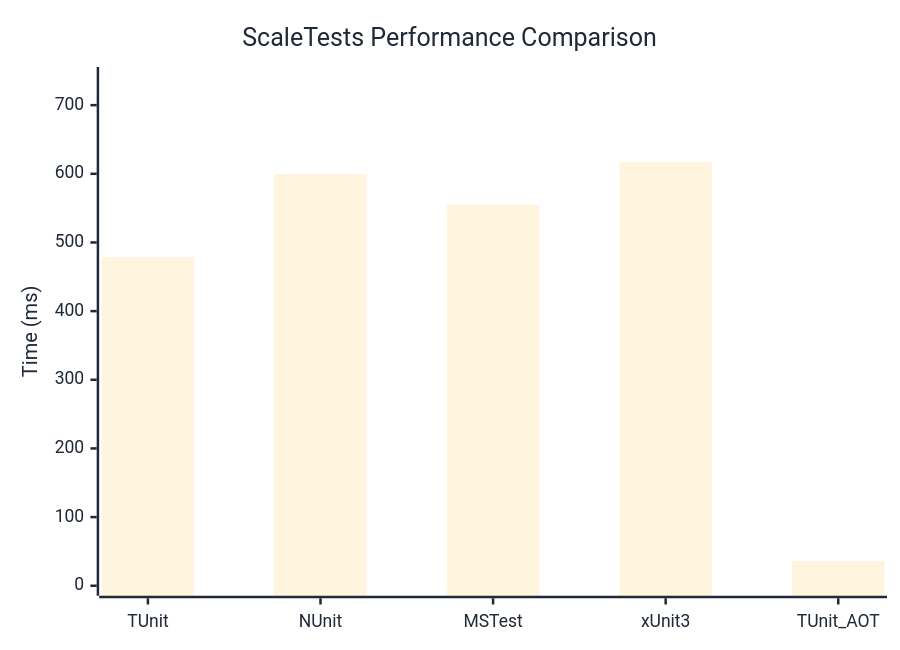
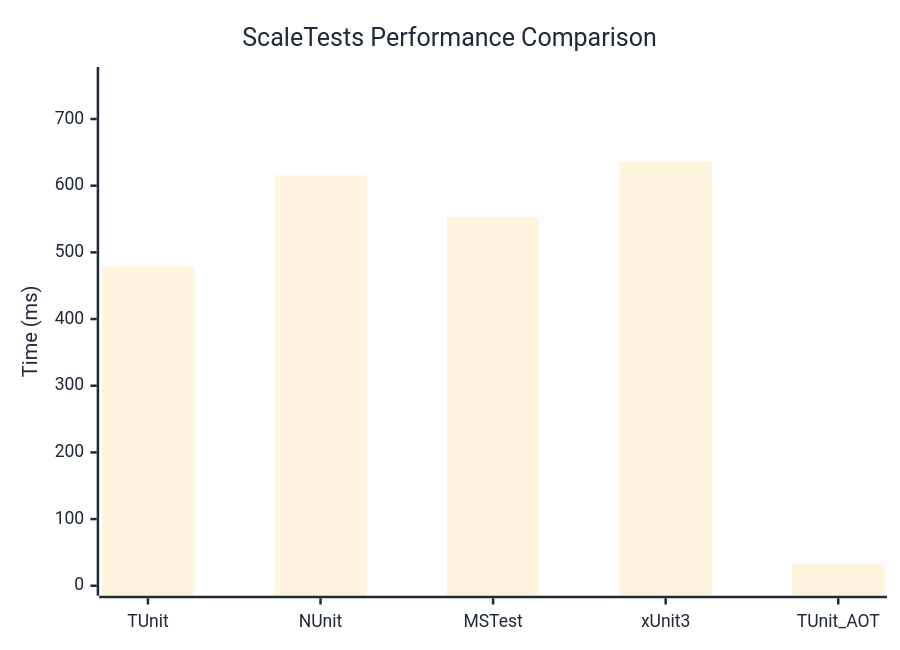
The diagram in docs/docs/benchmarks/ScaleTests.md (thomhurst/TUnit), drawn with Mermaid before and after one commit. The commit also changed other lines of this file and 17 other files, not shown here.

````diff
--- a/docs/docs/benchmarks/ScaleTests.md
+++ b/docs/docs/benchmarks/ScaleTests.md
@@ -27,37 +27,37 @@
 ```mermaid
 %%{init: {
   'theme':'base',
   'themeVariables': {
     'primaryColor': '#2563eb',
     'primaryTextColor': '#1f2937',
     'primaryBorderColor': '#1e40af',
     'lineColor': '#6b7280',
     'secondaryColor': '#7c3aed',
     'tertiaryColor': '#dc2626',
     'background': '#ffffff',
     'mainBkg': '#2563eb',
     'secondBkg': '#7c3aed',
     'tertiaryBkg': '#dc2626',
     'clusterBkg': '#f3f4f6',
     'edgeLabelBackground': '#ffffff',
     'tertiaryTextColor': '#1f2937',
     'pie1': '#2563eb',
     'pie2': '#7c3aed',
     'pie3': '#dc2626',
     'pie4': '#f59e0b',
     'pie5': '#10b981',
     'pie6': '#06b6d4',
     'pie7': '#ec4899',
     'pie8': '#6366f1',
     'pie9': '#84cc16',
     'pie10': '#f97316',
     'pie11': '#14b8a6',
     'pie12': '#a855f7'
   }
 }}%%
 xychart-beta
   title "ScaleTests Performance Comparison"
   x-axis ["TUnit", "NUnit", "MSTest", "xUnit3", "TUnit_AOT"]
-  y-axis "Time (ms)" 0 --> 741
-  bar [478.67, 599.59, 554.75, 616.81, 35.96]
+  y-axis "Time (ms)" 0 --> 763
+  bar [478.46, 615.58, 552.72, 635.5, 32.83]
 ```
````
